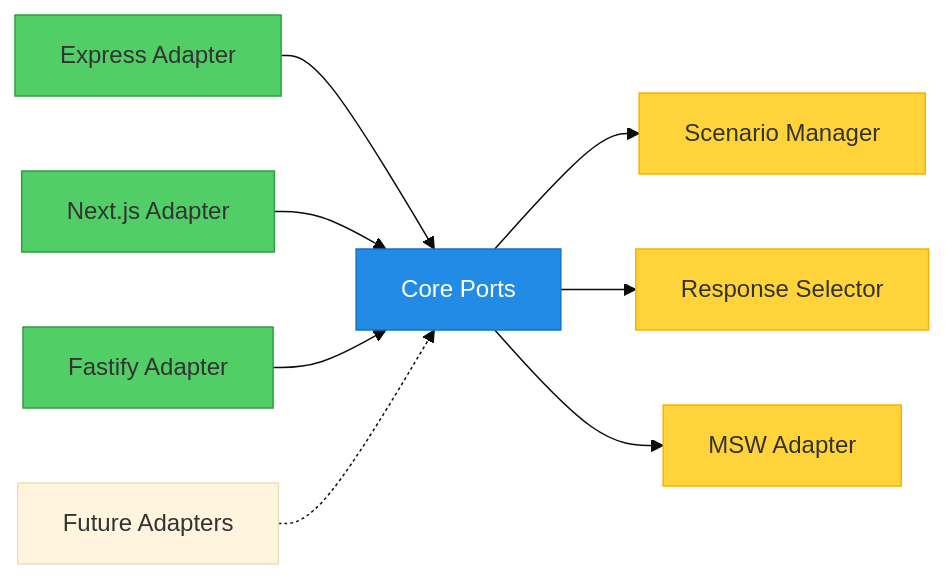
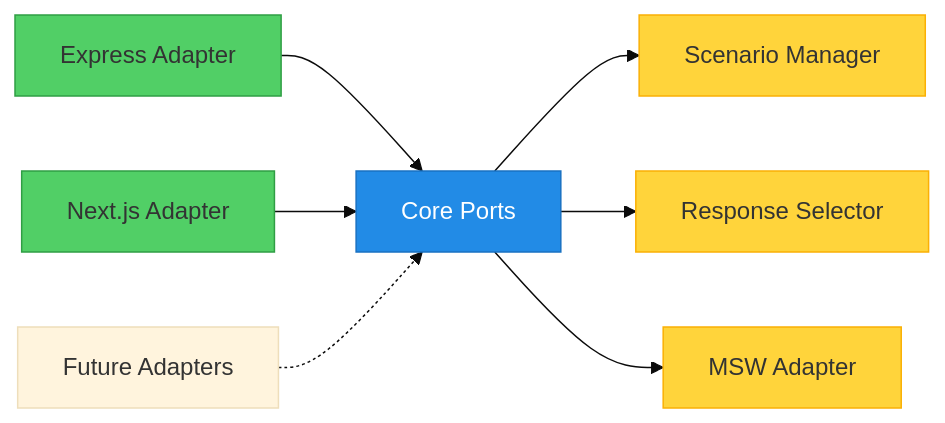
Before and after one commit to citypaul/scenarist: the second of 4 diagrams in apps/docs/src/content/docs/concepts/architecture.mdx, drawn with Mermaid (base theme). The commit also changed other lines of this file and 55 other files, not shown here.

````diff
--- a/apps/docs/src/content/docs/concepts/architecture.mdx
+++ b/apps/docs/src/content/docs/concepts/architecture.mdx
@@ -150,19 +150,17 @@
 ```mermaid
 graph LR
     A[Express Adapter] --> B[Core Ports]
     C[Next.js Adapter] --> B
-    D[Fastify Adapter] --> B
     E[Future Adapters] -.-> B
 
     B --> F[Scenario Manager]
     B --> G[Response Selector]
     B --> H[MSW Adapter]
 
     style B fill:#228be6,stroke:#1971c2,color:#fff
     style A fill:#51cf66,stroke:#2f9e44
     style C fill:#51cf66,stroke:#2f9e44
-    style D fill:#51cf66,stroke:#2f9e44
     style F fill:#ffd43b,stroke:#fab005
     style G fill:#ffd43b,stroke:#fab005
     style H fill:#ffd43b,stroke:#fab005
 ```
````
